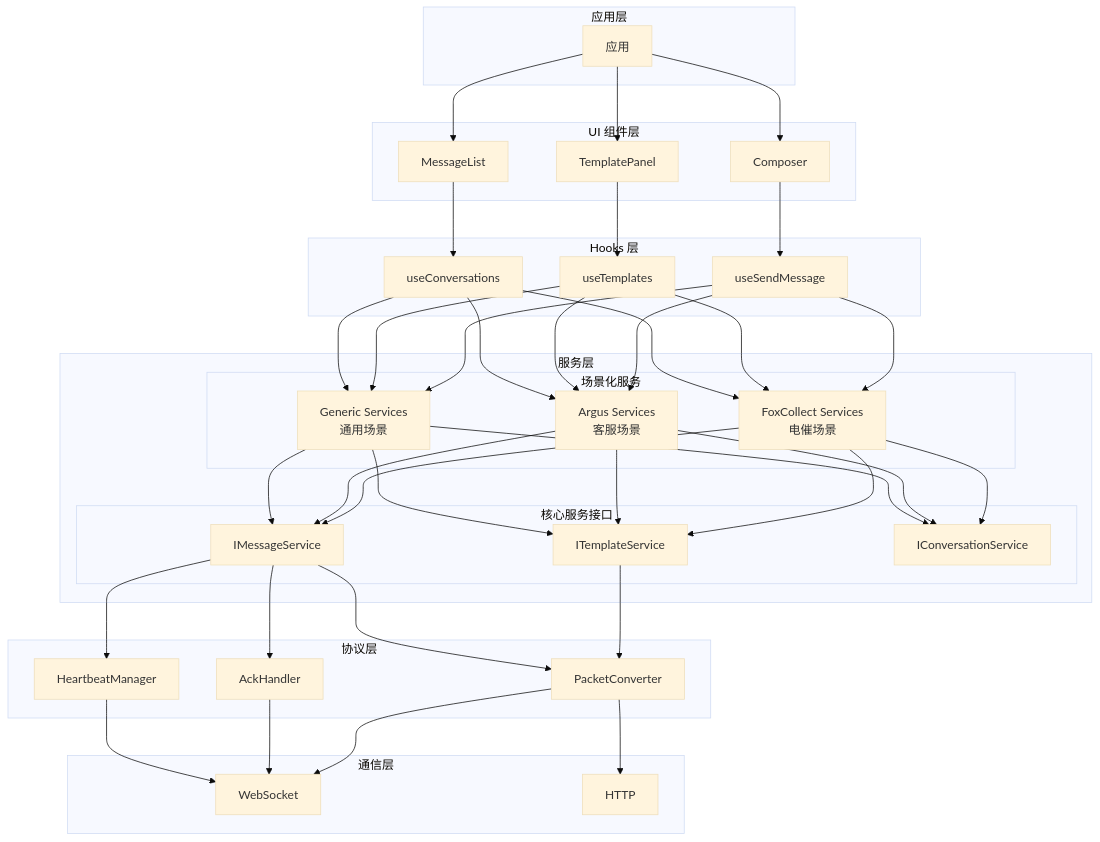
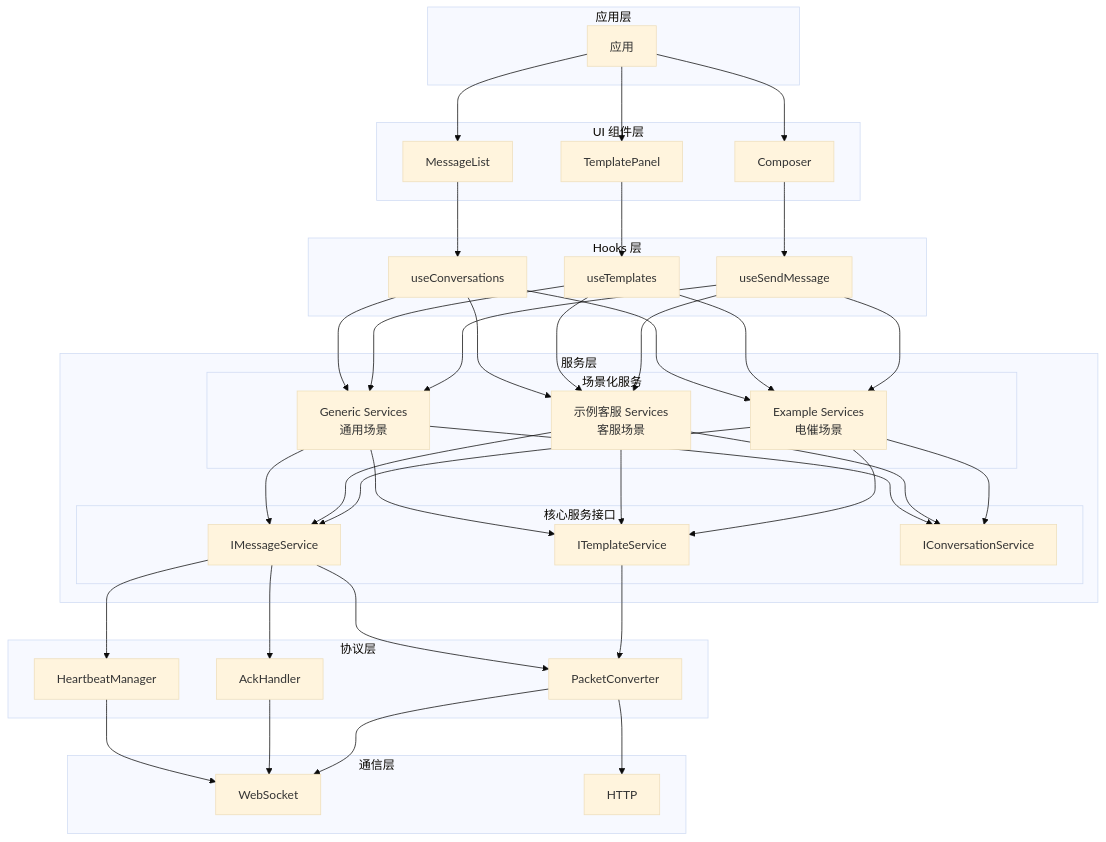
Before and after one commit to givingwu/bifrost-chat: the first of 2 diagrams in design/protocol-integration-architecture.md, drawn with Mermaid (base theme). The commit also changed other lines of this file and 53 other files, not shown here.

```diff
--- a/design/protocol-integration-architecture.md
+++ b/design/protocol-integration-architecture.md
@@ -92,8 +92,8 @@
     
     subgraph "服务层"
         subgraph "场景化服务"
-            FoxCollectSvc[FoxCollect Services<br/>电催场景]
-            ArgusSvc[Argus Services<br/>客服场景]
+            ExampleSvc[Example Services<br/>电催场景]
+            示例客服Svc[示例客服 Services<br/>客服场景]
             GenericSvc[Generic Services<br/>通用场景]
         end
         
@@ -123,25 +123,25 @@
     MessageList --> useConversations
     TemplatePanel --> useTemplates
     
-    useSendMessage --> FoxCollectSvc
-    useSendMessage --> ArgusSvc
+    useSendMessage --> ExampleSvc
+    useSendMessage --> 示例客服Svc
     useSendMessage --> GenericSvc
     
-    useTemplates --> FoxCollectSvc
-    useTemplates --> ArgusSvc
+    useTemplates --> ExampleSvc
+    useTemplates --> 示例客服Svc
     useTemplates --> GenericSvc
     
-    useConversations --> FoxCollectSvc
-    useConversations --> ArgusSvc
+    useConversations --> ExampleSvc
+    useConversations --> 示例客服Svc
     useConversations --> GenericSvc
     
-    FoxCollectSvc --> ITemplateSvc
-    FoxCollectSvc --> IMessageSvc
-    FoxCollectSvc --> IConversationSvc
+    ExampleSvc --> ITemplateSvc
+    ExampleSvc --> IMessageSvc
+    ExampleSvc --> IConversationSvc
     
-    ArgusSvc --> ITemplateSvc
-    ArgusSvc --> IMessageSvc
-    ArgusSvc --> IConversationSvc
+    示例客服Svc --> ITemplateSvc
+    示例客服Svc --> IMessageSvc
+    示例客服Svc --> IConversationSvc
     
     GenericSvc --> ITemplateSvc
     GenericSvc --> IMessageSvc
```
